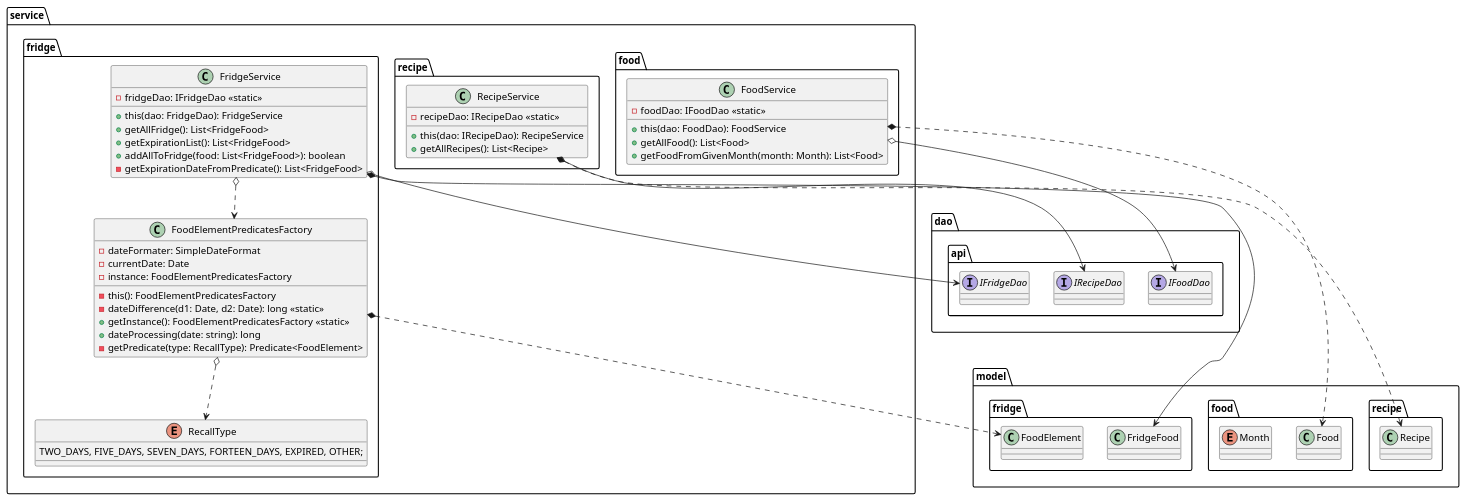
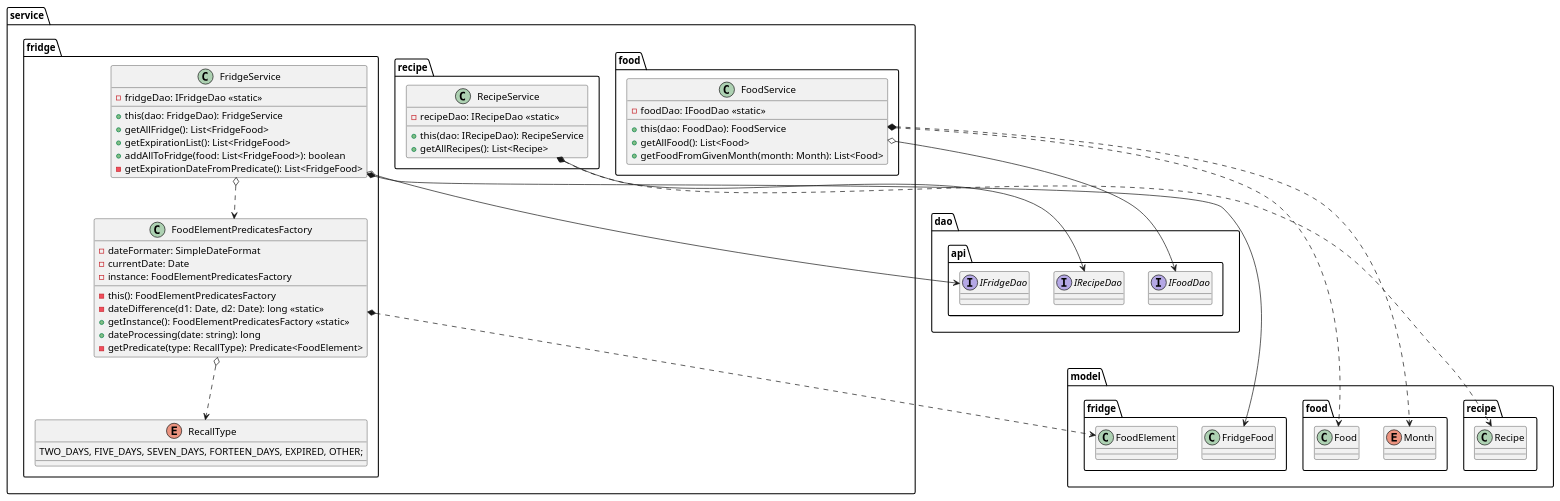
The diagram in docs/diagram/class/service.puml (romainvacheret/wadge-backend), drawn with PlantUML before and after one commit. The commit also changed 6 other files, not shown here.

```diff
--- a/docs/diagram/class/service.puml
+++ b/docs/diagram/class/service.puml
@@ -1,81 +1,82 @@
 @startuml service
 
 package dao.api {
     interface IFoodDao {}
     interface IFridgeDao {}
     interface IRecipeDao {}
 }
 
 package model.food {
     class Food {}
     enum Month {}
 }
 
 package model.fridge {
     class FridgeFood {}
     class FoodElement {}
 }
 
 package model.recipe {
     class Recipe {}
 }
 
 package service {
     package food {
         class FoodService {
             - foodDao: IFoodDao <<static>>
             + this(dao: FoodDao): FoodService
             + getAllFood(): List<Food>
             + getFoodFromGivenMonth(month: Month): List<Food>
         }
     }
 
     package fridge {
         class FridgeService {
             - fridgeDao: IFridgeDao <<static>>
             + this(dao: FridgeDao): FridgeService
             + getAllFridge(): List<FridgeFood>
             + getExpirationList(): List<FridgeFood>
             + addAllToFridge(food: List<FridgeFood>): boolean
             - getExpirationDateFromPredicate(): List<FridgeFood>
         }
 
         class FoodElementPredicatesFactory {
             - dateFormater: SimpleDateFormat
             - currentDate: Date
             - instance: FoodElementPredicatesFactory
             - this(): FoodElementPredicatesFactory
             - dateDifference(d1: Date, d2: Date): long <<static>>
             + getInstance(): FoodElementPredicatesFactory <<static>>
             + dateProcessing(date: string): long
             - getPredicate(type: RecallType): Predicate<FoodElement>
         }
         
         enum RecallType {
             TWO_DAYS, FIVE_DAYS, SEVEN_DAYS, FORTEEN_DAYS, EXPIRED, OTHER;
         }
     }
 
     package recipe {
         class RecipeService {
             - recipeDao: IRecipeDao <<static>>
             + this(dao: IRecipeDao): RecipeService
             + getAllRecipes(): List<Recipe>
         }
     }
 }
 
 FoodService o--> IFoodDao
 FoodService *..> Food
+FoodService *..> Month
 
 FridgeService o--> IFridgeDao
 FridgeService o..> FoodElementPredicatesFactory
 FridgeService *--> FridgeFood
 
 FoodElementPredicatesFactory *..> FoodElement
 FoodElementPredicatesFactory o..> RecallType
 
 RecipeService o--> IRecipeDao
 RecipeService *..> Recipe
 
 @enduml
```
